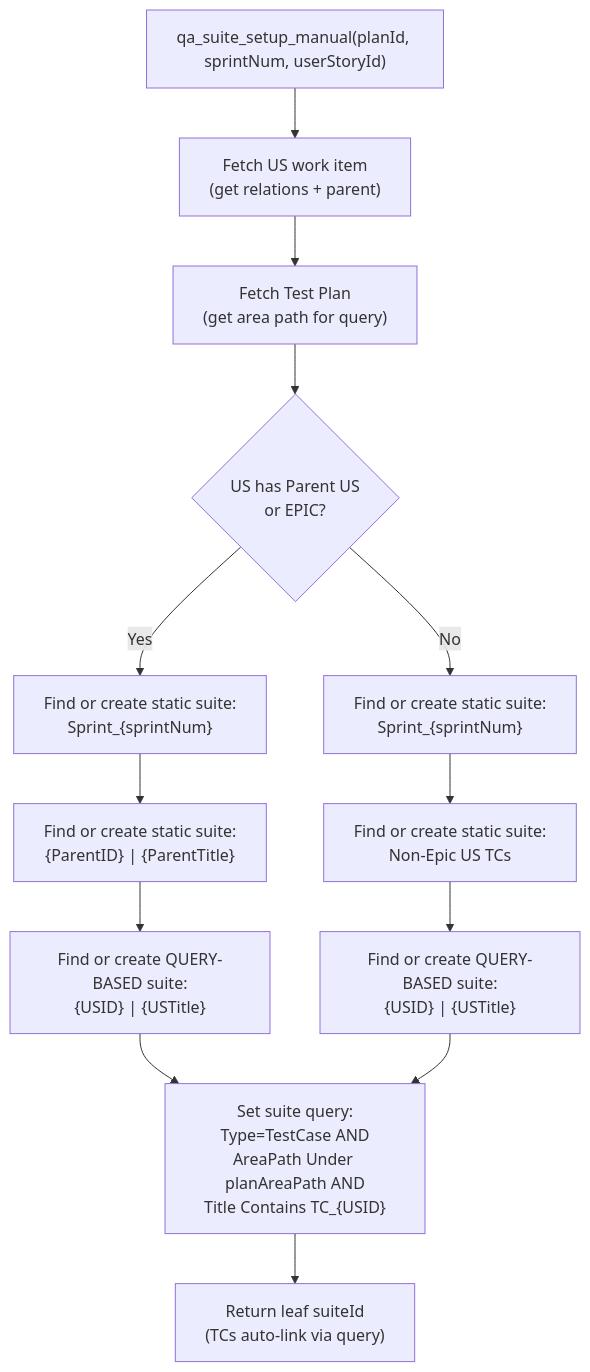
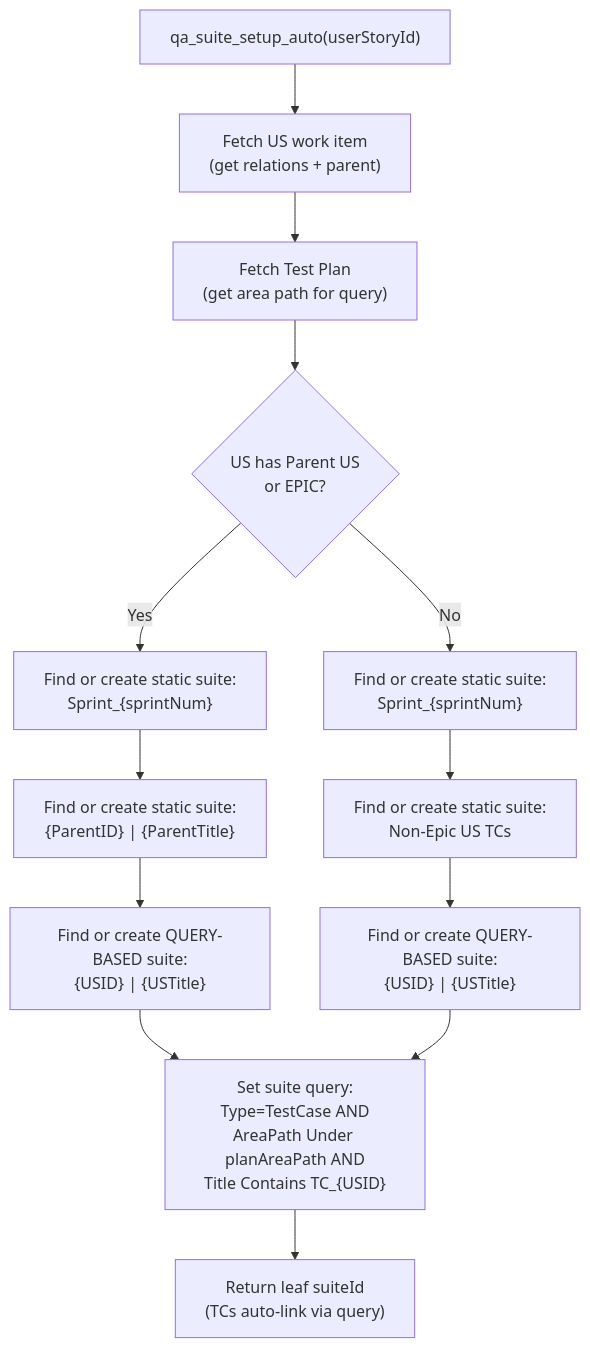
The fourth of 4 diagrams in docs/implementation.md (badgujar-kavita/ado-mcp-server), drawn with Mermaid before and after one commit. The commit also changed other lines of this file and 6 other files, not shown here.

````diff
--- a/docs/implementation.md
+++ b/docs/implementation.md
@@ -1163,20 +1147,20 @@
 ```mermaid
 flowchart TD
-    Start["qa_suite_setup_manual(planId, sprintNum, userStoryId)"] --> FetchUS["Fetch US work item\n(get relations + parent)"]
+    Start["qa_suite_setup_auto(userStoryId)"] --> FetchUS["Fetch US work item\n(get relations + parent)"]
     FetchUS --> FetchPlan["Fetch Test Plan\n(get area path for query)"]
     FetchPlan --> HasParent{"US has Parent US\nor EPIC?"}
 
     HasParent -->|Yes| SprintA["Find or create static suite:\nSprint_{sprintNum}"]
     HasParent -->|No| SprintB["Find or create static suite:\nSprint_{sprintNum}"]
 
     SprintA --> ParentFolder["Find or create static suite:\n{ParentID} | {ParentTitle}"]
     SprintB --> NonEpic["Find or create static suite:\nNon-Epic US TCs"]
 
     ParentFolder --> USFolderA["Find or create QUERY-BASED suite:\n{USID} | {USTitle}"]
     NonEpic --> USFolderB["Find or create QUERY-BASED suite:\n{USID} | {USTitle}"]
 
     USFolderA --> SetQuery["Set suite query:\nType=TestCase AND\nAreaPath Under planAreaPath AND\nTitle Contains TC_{USID}"]
     USFolderB --> SetQuery
 
     SetQuery --> Return["Return leaf suiteId\n(TCs auto-link via query)"]
 ```
````
